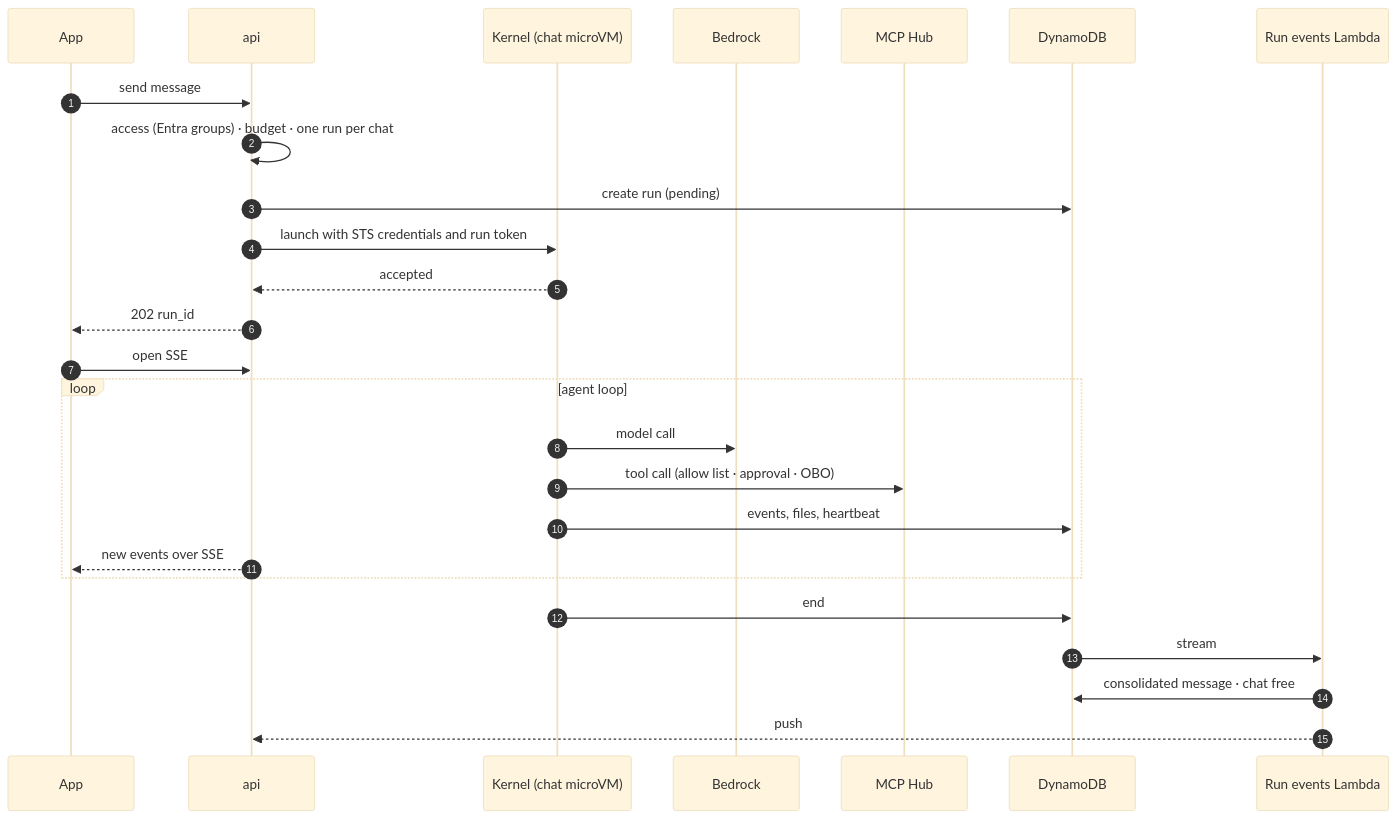
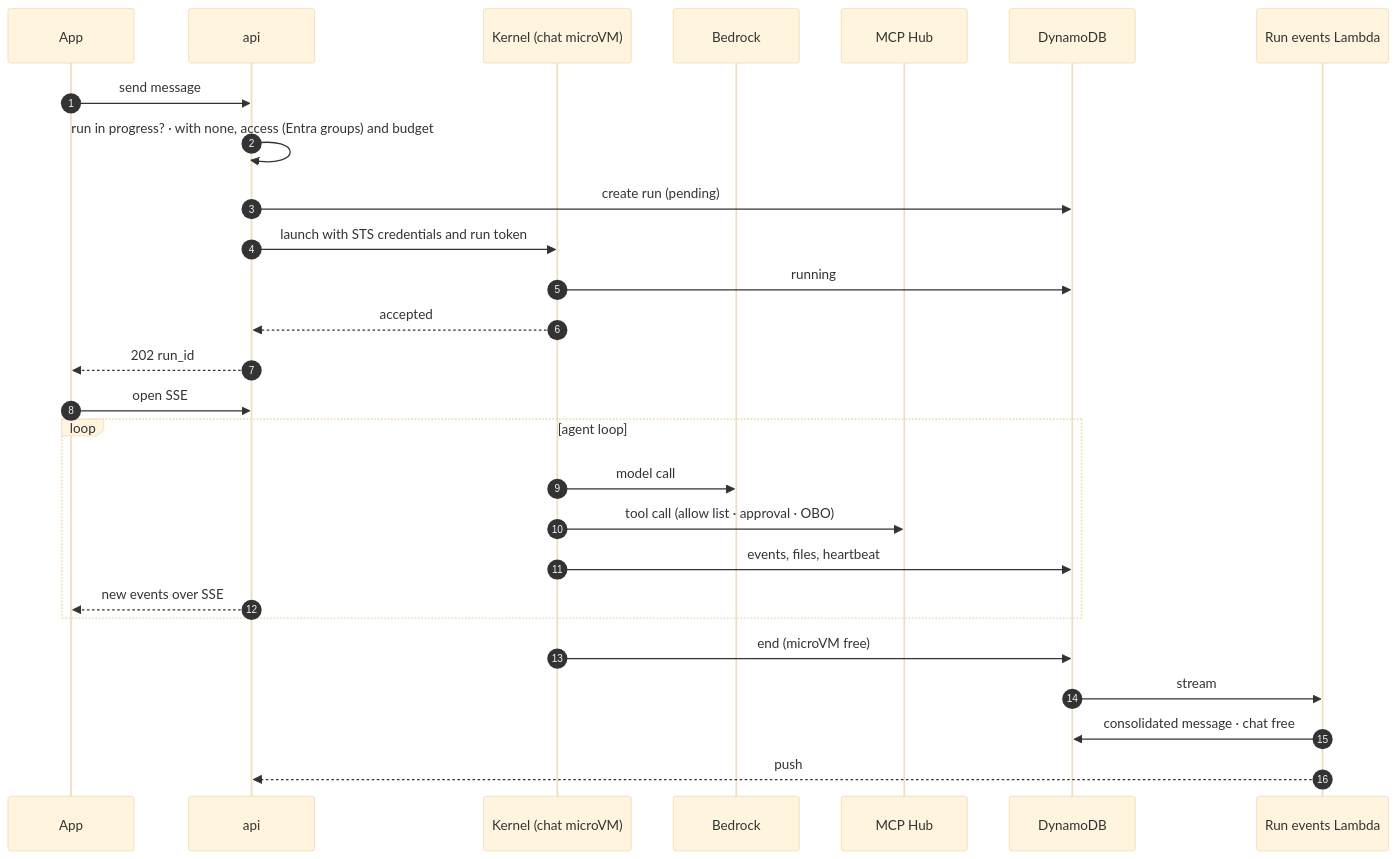
One commit to ikermendi/sample-agent-platform-with-agentcore changed the third of 8 diagrams in docs/hld-arquitectura-agentes.md. Above: the diagram before and after it, drawn with Mermaid (base theme). The commit also changed other lines of this file and 6 other files, not shown here.

````diff
--- a/docs/hld-arquitectura-agentes.md
+++ b/docs/hld-arquitectura-agentes.md
@@ -222,29 +227,30 @@
 ```mermaid
 sequenceDiagram
   autonumber
   participant App as App
   participant API as api
   participant K as Kernel (chat microVM)
   participant B as Bedrock
   participant H as MCP Hub
   participant D as DynamoDB
   participant C as Run events Lambda
 
   App->>API: send message
-  API->>API: access (Entra groups) · budget · one run per chat
+  API->>API: run in progress? · with none, access (Entra groups) and budget
   API->>D: create run (pending)
   API->>K: launch with STS credentials and run token
+  K->>D: running
   K-->>API: accepted
   API-->>App: 202 run_id
   App->>API: open SSE
   loop agent loop
     K->>B: model call
     K->>H: tool call (allow list · approval · OBO)
     K->>D: events, files, heartbeat
     API-->>App: new events over SSE
   end
-  K->>D: end
+  K->>D: end (microVM free)
   D->>C: stream
   C->>D: consolidated message · chat free
   C-->>API: push
 ```
````
